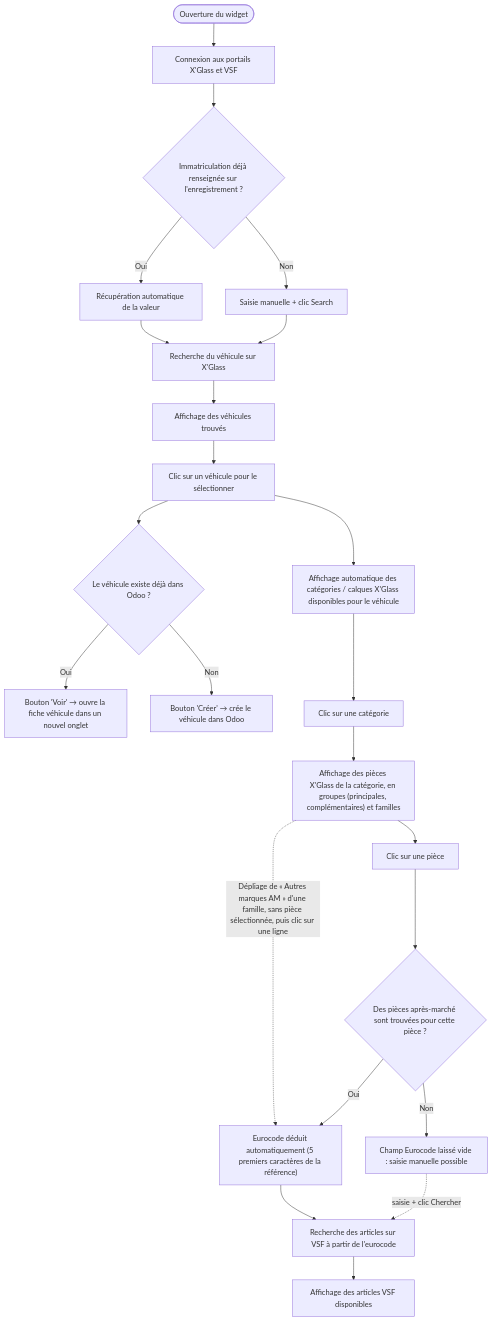
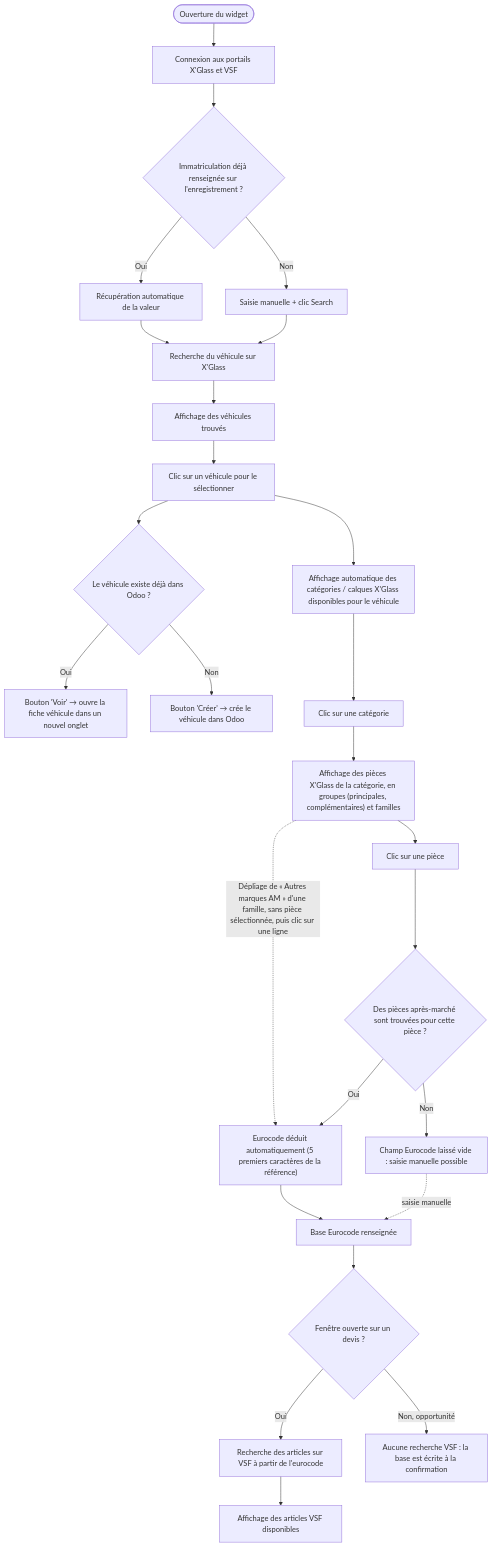
Before and after one commit to rpbmSdk/rpbm: the first of 3 diagrams in rpbm_agent/docs/fonctionnel/parcours-utilisateur.md, drawn with Mermaid. The commit also changed other lines of this file and 13 other files, not shown here.

````diff
--- a/rpbm_agent/docs/fonctionnel/parcours-utilisateur.md
+++ b/rpbm_agent/docs/fonctionnel/parcours-utilisateur.md
@@ -11,25 +11,28 @@
 ```mermaid
 flowchart TD
     A([Ouverture du widget]) --> B[Connexion aux portails X'Glass et VSF]
     B --> C{Immatriculation déjà renseignée sur l'enregistrement ?}
     C -->|Oui| D[Récupération automatique de la valeur]
     C -->|Non| E[Saisie manuelle + clic Search]
     D --> F[Recherche du véhicule sur X'Glass]
     E --> F
     F --> G[Affichage des véhicules trouvés]
     G --> H[Clic sur un véhicule pour le sélectionner]
     H --> I{Le véhicule existe déjà dans Odoo ?}
     I -->|Oui| J["Bouton 'Voir' → ouvre la fiche véhicule dans un nouvel onglet"]
     I -->|Non| K["Bouton 'Créer' → crée le véhicule dans Odoo"]
     H --> M[Affichage automatique des catégories / calques X'Glass disponibles pour le véhicule]
     M --> N[Clic sur une catégorie]
     N --> O["Affichage des pièces X'Glass de la catégorie, en groupes (principales, complémentaires) et familles"]
     O --> P[Clic sur une pièce]
     O -.->|"Dépliage de « Autres marques AM » d'une famille, sans pièce sélectionnée, puis clic sur une ligne"| R
     P --> Q{Des pièces après-marché sont trouvées pour cette pièce ?}
     Q -->|Oui| R["Eurocode déduit automatiquement (5 premiers caractères de la référence)"]
     Q -->|Non| S["Champ Eurocode laissé vide : saisie manuelle possible"]
-    R --> T[Recherche des articles sur VSF à partir de l'eurocode]
-    S -.->|saisie + clic Chercher| T
-    T --> U[Affichage des articles VSF disponibles]
+    R --> BE[Base Eurocode renseignée]
+    S -.->|saisie manuelle| BE
+    BE --> T{Fenêtre ouverte sur un devis ?}
+    T -->|Oui| T1[Recherche des articles sur VSF à partir de l'eurocode]
+    T1 --> U[Affichage des articles VSF disponibles]
+    T -->|"Non, opportunité"| T2["Aucune recherche VSF : la base est écrite à la confirmation"]
 ```
````
